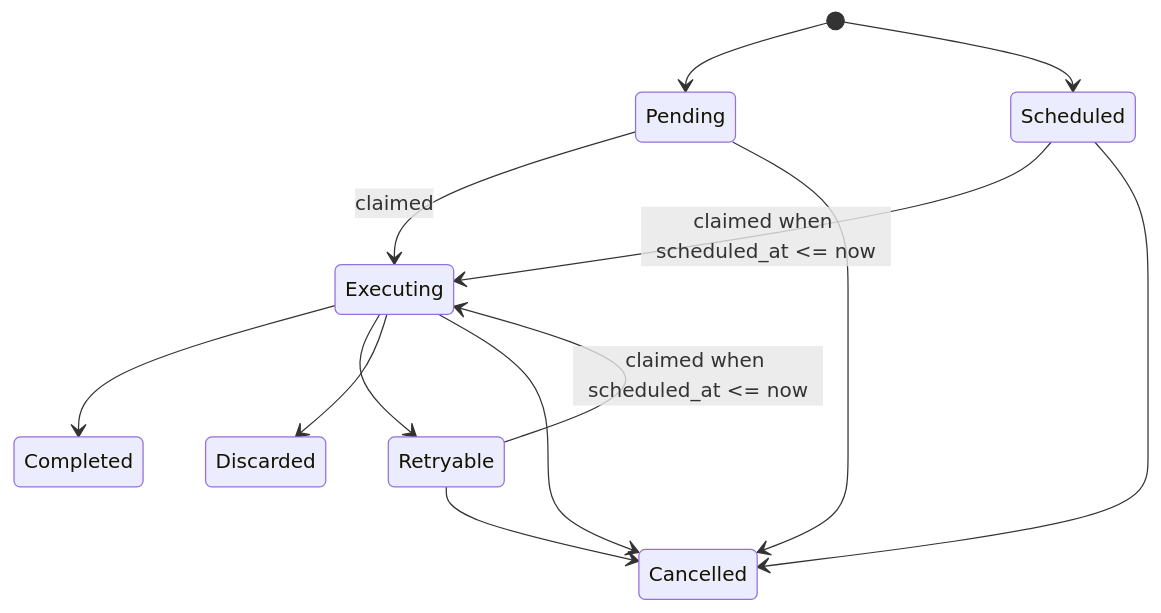
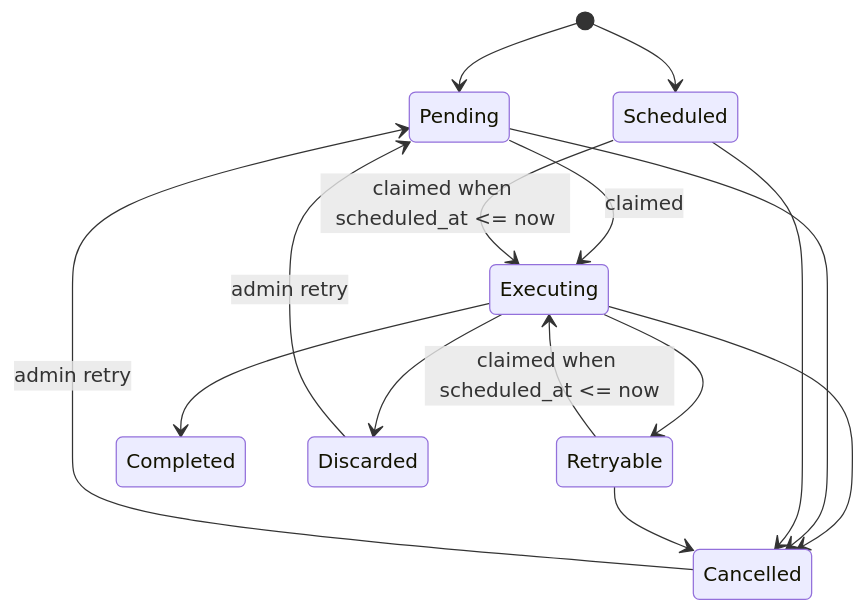
The second of 2 diagrams in docs/architecture.md (ccarvalho-eng/kairos), drawn with Mermaid before and after one commit. The commit also changed other lines of this file and 6 other files, not shown here.

````diff
--- a/docs/architecture.md
+++ b/docs/architecture.md
@@ -60,15 +62,17 @@
 ```mermaid
 stateDiagram-v2
     [*] --> Pending
     [*] --> Scheduled
     Pending --> Executing: claimed
     Scheduled --> Executing: claimed when scheduled_at <= now
     Retryable --> Executing: claimed when scheduled_at <= now
     Executing --> Completed
     Executing --> Retryable
     Executing --> Discarded
     Executing --> Cancelled
     Pending --> Cancelled
     Scheduled --> Cancelled
     Retryable --> Cancelled
+    Discarded --> Pending: admin retry
+    Cancelled --> Pending: admin retry
 ```
````
